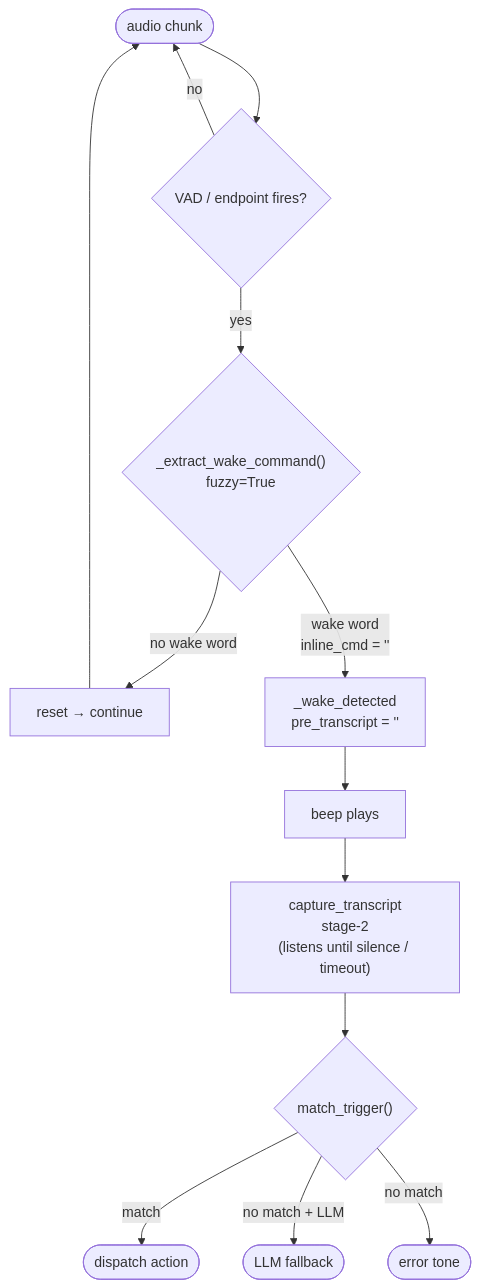
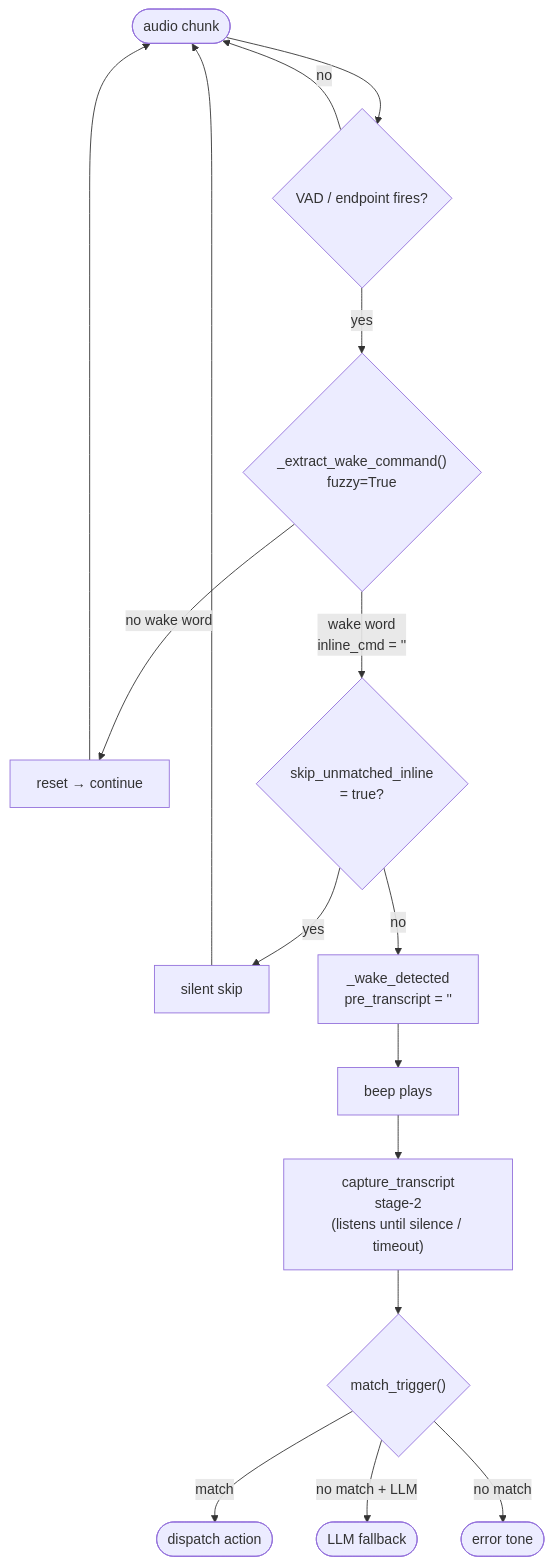
The first of 3 diagrams in docs/stt-modes.md (scipioni/alexa-custom), drawn with Mermaid before and after one commit. The commit also changed other lines of this file and 3 other files, not shown here.

````diff
--- a/docs/stt-modes.md
+++ b/docs/stt-modes.md
@@ -15,15 +15,18 @@
 ```mermaid
 flowchart TD
     A([audio chunk]) --> VAD{"VAD / endpoint fires?"}
     VAD -->|no| A
     VAD -->|yes| EWC{"_extract_wake_command()\nfuzzy=True"}
     EWC -->|"no wake word"| RST[reset → continue]
     RST --> A
-    EWC -->|"wake word\ninline_cmd = ''"| WD["_wake_detected\npre_transcript = ''"]
+    EWC -->|"wake word\ninline_cmd = ''"| SKW{"skip_unmatched_inline\n= true?"}
+    SKW -->|yes| SIL2[silent skip]
+    SIL2 --> A
+    SKW -->|no| WD["_wake_detected\npre_transcript = ''"]
     WD --> BEEP[beep plays]
     BEEP --> CT["capture_transcript\nstage-2\n(listens until silence / timeout)"]
     CT --> TM{"match_trigger()"}
     TM -->|match| D([dispatch action])
     TM -->|"no match + LLM"| LLM([LLM fallback])
     TM -->|"no match"| ERR([error tone])
 ```
````
